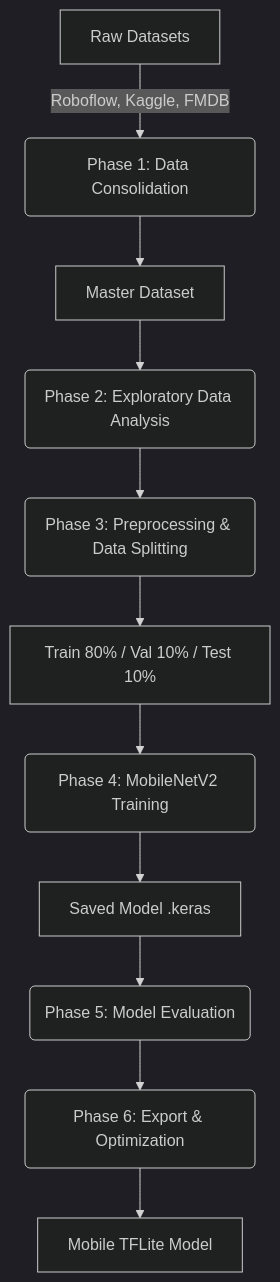
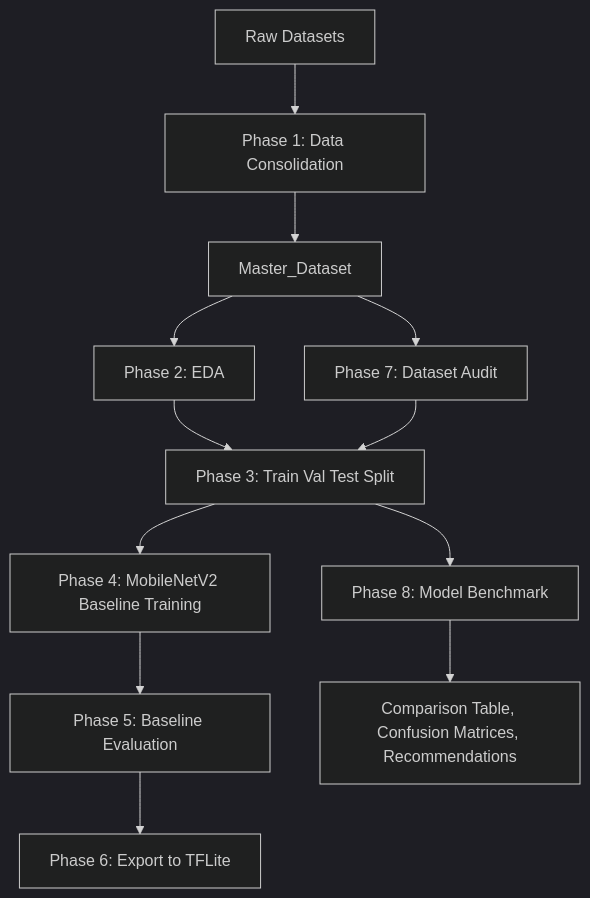
One commit to RahmatHadinata23758051/Kakao-Klasifikasi changed the diagram in README.md. Above: the diagram before and after it, drawn with Mermaid (dark theme). The commit also changed other lines of this file and 23 other files, not shown here.

````diff
--- a/README.md
+++ b/README.md
@@ -9,13 +29,14 @@
 ```mermaid
 graph TD
-    A[Raw Datasets] -->|Roboflow, Kaggle, FMDB| B(Phase 1: Data Consolidation)
-    B --> C[Master Dataset]
-    C --> D(Phase 2: Exploratory Data Analysis)
-    D --> E(Phase 3: Preprocessing & Data Splitting)
-    E --> F[Train 80% / Val 10% / Test 10%]
-    F --> G(Phase 4: MobileNetV2 Training)
-    G --> H[Saved Model .keras]
-    H --> I(Phase 5: Model Evaluation)
-    I --> J(Phase 6: Export & Optimization)
-    J --> K[Mobile TFLite Model]
+    A[Raw Datasets] --> B[Phase 1: Data Consolidation]
+    B --> C[Master_Dataset]
+    C --> D[Phase 2: EDA]
+    C --> E[Phase 7: Dataset Audit]
+    D --> F[Phase 3: Train Val Test Split]
+    E --> F
+    F --> G[Phase 4: MobileNetV2 Baseline Training]
+    G --> H[Phase 5: Baseline Evaluation]
+    H --> I[Phase 6: Export to TFLite]
+    F --> J[Phase 8: Model Benchmark]
+    J --> K[Comparison Table, Confusion Matrices, Recommendations]
 ```
````
